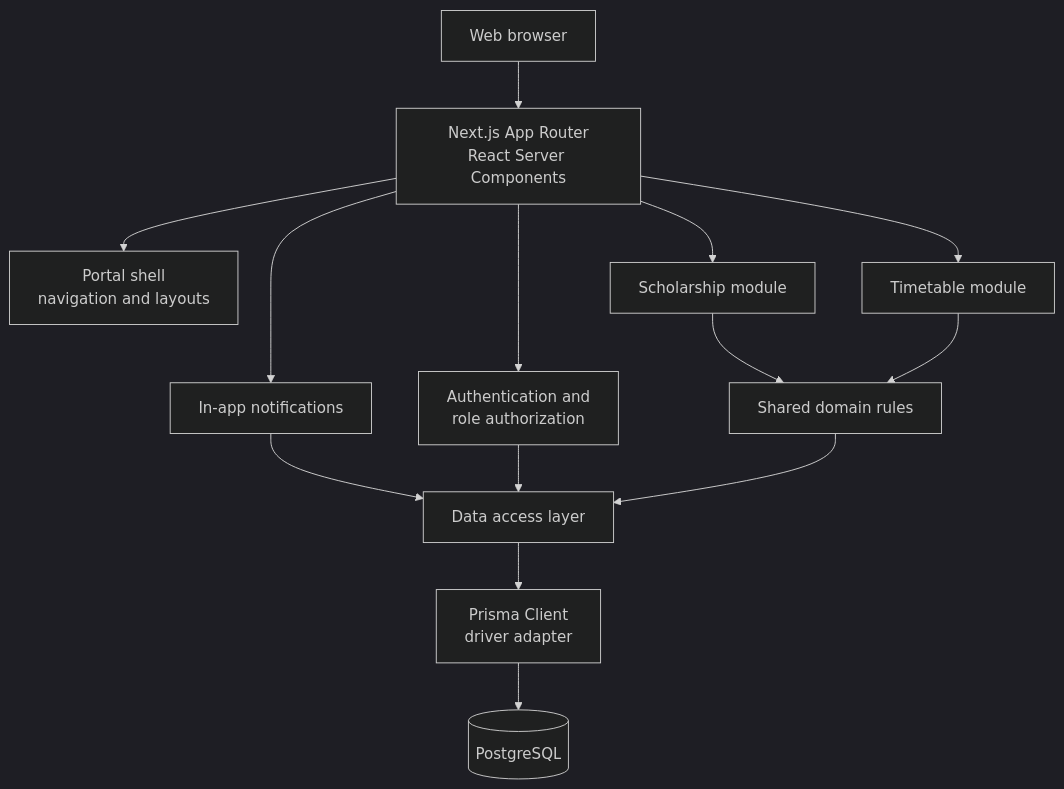
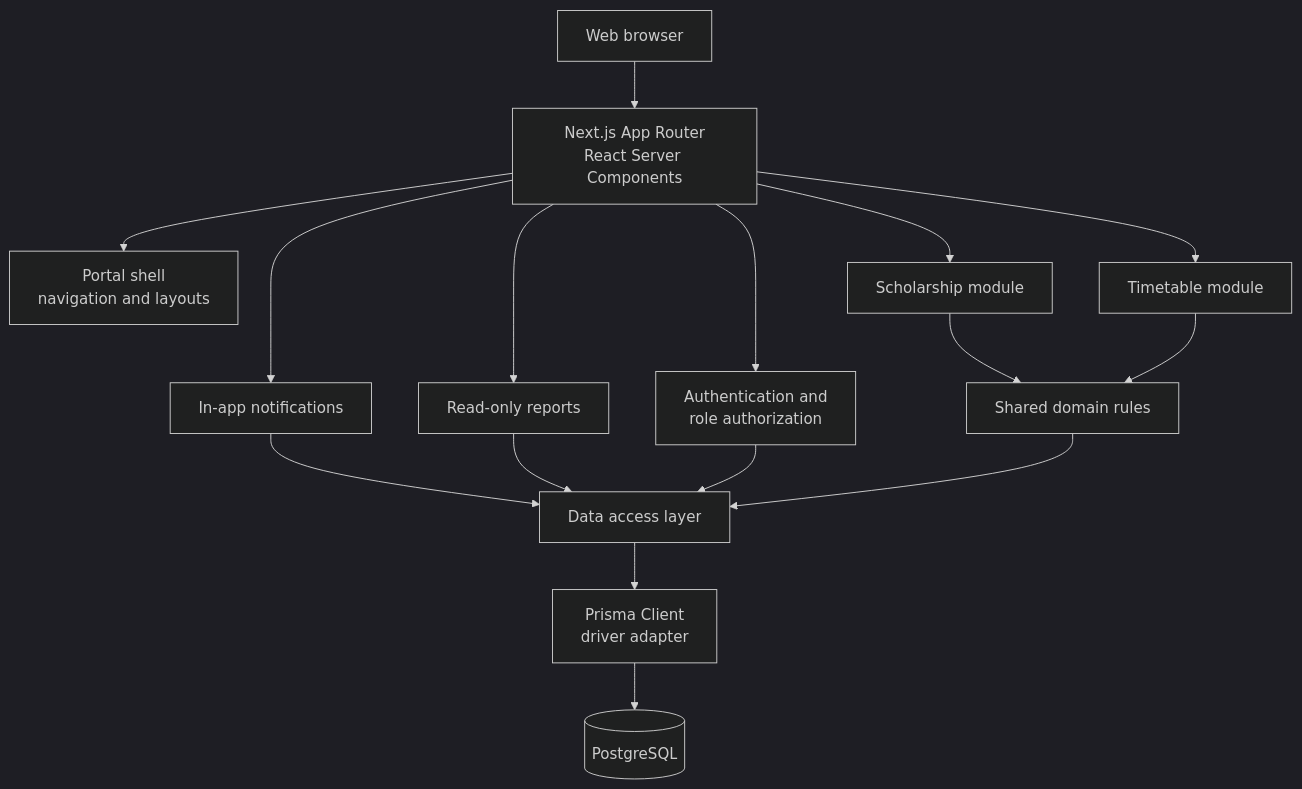
Before and after one commit to M-Shehzad8/university-scholarship-timetable-portal: the diagram in docs/architecture.md, drawn with Mermaid (dark theme). The commit also changed other lines of this file and 35 other files, not shown here.

````diff
--- a/docs/architecture.md
+++ b/docs/architecture.md
@@ -7,19 +7,21 @@
 ```mermaid
 flowchart TB
     Browser[Web browser] --> Next[Next.js App Router<br/>React Server Components]
 
     Next --> Shell[Portal shell<br/>navigation and layouts]
     Next --> Auth[Authentication and<br/>role authorization]
     Next --> Scholarship[Scholarship module]
     Next --> Timetable[Timetable module]
     Next --> Notifications[In-app notifications]
+    Next --> Reports[Read-only reports]
 
     Scholarship --> Domain[Shared domain rules]
     Timetable --> Domain
     Notifications --> Data[Data access layer]
+    Reports --> Data
     Auth --> Data
     Domain --> Data
 
     Data --> Prisma[Prisma Client<br/>driver adapter]
     Prisma --> DB[(PostgreSQL)]
 ```
````
